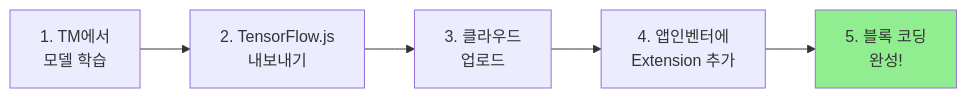
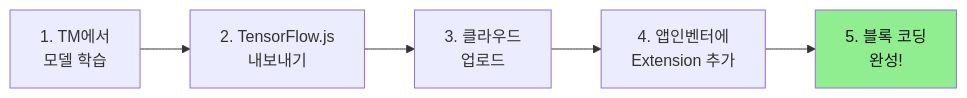
Before and after one commit to Collegenie-X/Smart_Factory_Arms_Project: the diagram in docs/TM_앱인벤터_퀵스타트.md, drawn with Mermaid. The commit also changed 2 other files, not shown here.

Commit message:
upload 문서

````diff
--- a/docs/TM_앱인벤터_퀵스타트.md
+++ b/docs/TM_앱인벤터_퀵스타트.md
@@ -14,9 +14,9 @@
 ```mermaid
 graph LR
     A[1. TM에서<br/>모델 학습] --> B[2. TensorFlow.js<br/>내보내기]
     B --> C[3. 클라우드<br/>업로드]
     C --> D[4. 앱인벤터에<br/>Extension 추가]
     D --> E[5. 블록 코딩<br/>완성!]
     
-    style E fill:#90EE90
+    style E fill:#90EE90,color:#111
 ```
````
